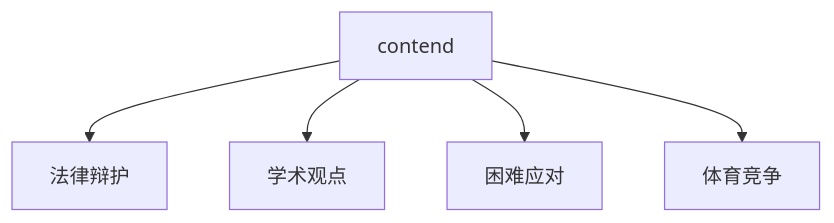
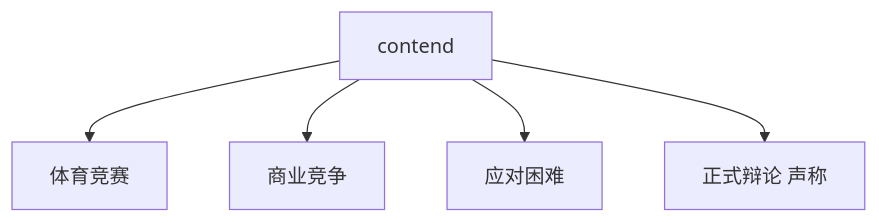
The third of 5 diagrams in slides_backup/托业单词/20260630/09.md (seki999/DialogueFlow), drawn with Mermaid before and after one commit. The commit also changed other lines of this file and 28 other files, not shown here.

````diff
--- a/slides_backup/托业单词/20260630/09.md
+++ b/slides_backup/托业单词/20260630/09.md
@@ -49,7 +52,7 @@
 ```mermaid
 flowchart TD
-    A[contend] --> B[法律辩护]
-    A --> C[学术观点]
-    A --> D[困难应对]
-    A --> E[体育竞争]
+    A[contend] --> B[体育竞赛]
+    A --> C[商业竞争]
+    A --> D[应对困难]
+    A --> E[正式辩论 声称]
 ```
````
